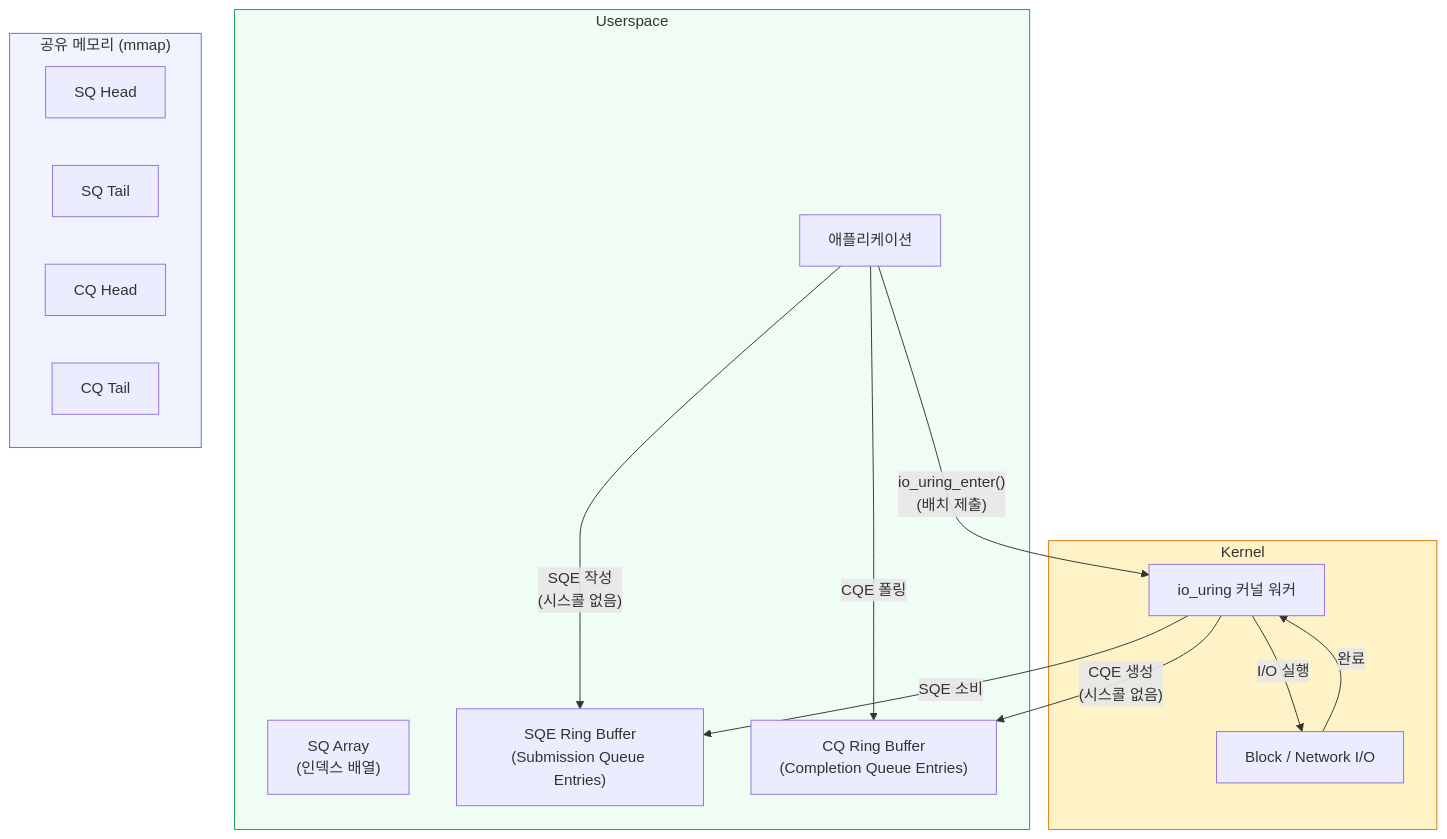
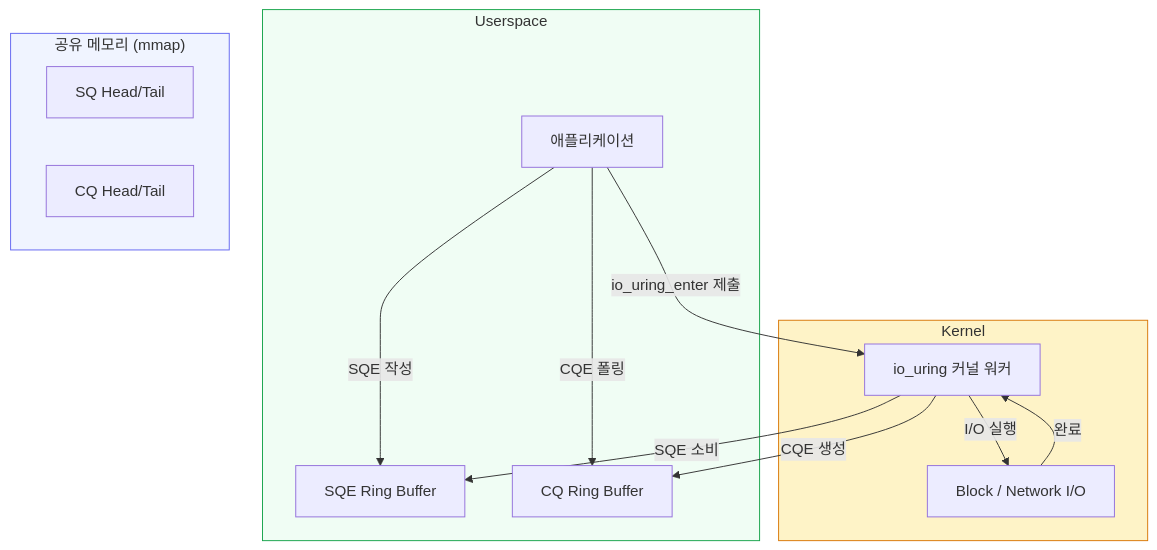
One commit to moonblueblue/devops-wiki changed the second of 5 diagrams in content/linux/performance/io-uring.md. Above: the diagram before and after it, drawn with Mermaid. The commit also changed other lines of this file and 12 other files, not shown here.

First line of the commit message:
style: linux 섹션 전체 ASCII art 제거 및 Mermaid 규칙 적용

````diff
--- a/content/linux/performance/io-uring.md
+++ b/content/linux/performance/io-uring.md
@@ -83,33 +83,30 @@
 ```mermaid
 graph TB
     subgraph Userspace
         App["애플리케이션"]
-        SQA["SQ Array<br/>(인덱스 배열)"]
-        SQEs["SQE Ring Buffer<br/>(Submission Queue Entries)"]
-        CQEs["CQ Ring Buffer<br/>(Completion Queue Entries)"]
+        SQEs["SQE Ring Buffer"]
+        CQEs["CQ Ring Buffer"]
     end
 
     subgraph SharedMemory["공유 메모리 (mmap)"]
-        SQ_Head["SQ Head"]
-        SQ_Tail["SQ Tail"]
-        CQ_Head["CQ Head"]
-        CQ_Tail["CQ Tail"]
+        SQ_Head["SQ Head/Tail"]
+        CQ_Head["CQ Head/Tail"]
     end
 
     subgraph Kernel
         KWorker["io_uring 커널 워커"]
         IO["Block / Network I/O"]
     end
 
-    App -->|"SQE 작성<br/>(시스콜 없음)"| SQEs
-    App -->|"io_uring_enter()<br/>(배치 제출)"| KWorker
+    App -->|"SQE 작성"| SQEs
+    App -->|"io_uring_enter 제출"| KWorker
     KWorker -->|"SQE 소비"| SQEs
     KWorker -->|"I/O 실행"| IO
     IO -->|"완료"| KWorker
-    KWorker -->|"CQE 생성<br/>(시스콜 없음)"| CQEs
+    KWorker -->|"CQE 생성"| CQEs
     App -->|"CQE 폴링"| CQEs
 
     style SharedMemory fill:#f0f4ff,stroke:#6366f1
     style Kernel fill:#fef3c7,stroke:#d97706
     style Userspace fill:#f0fdf4,stroke:#16a34a
 ```
````
